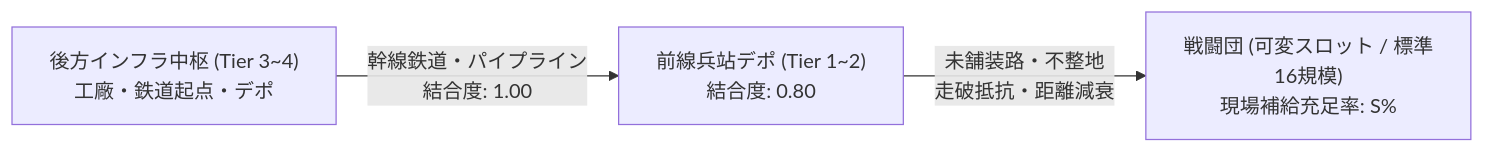
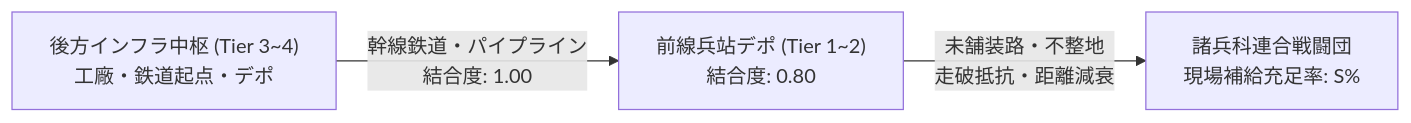
Before and after one commit to nanaisisi/nanai-alien-com-game: the first of 3 diagrams in docs/specs/COMBAT_GROUP_LOGISTICS_INTEGRATION.md, drawn with Mermaid. The commit also changed other lines of this file and 9 other files, not shown here.

````diff
--- a/docs/specs/COMBAT_GROUP_LOGISTICS_INTEGRATION.md
+++ b/docs/specs/COMBAT_GROUP_LOGISTICS_INTEGRATION.md
@@ -92,5 +98,5 @@
 ```mermaid
 flowchart LR
     Hub["後方インフラ中枢 (Tier 3~4)<br/>工廠・鉄道起点・デポ"] -->|"幹線鉄道・パイプライン<br/>結合度: 1.00"| FrontBase["前線兵站デポ (Tier 1~2)<br/>結合度: 0.80"]
-    FrontBase -->|"未舗装路・不整地<br/>走破抵抗・距離減衰"| CG["戦闘団 (可変スロット / 標準16規模)<br/>現場補給充足率: S%"]
+    FrontBase -->|"未舗装路・不整地<br/>走破抵抗・距離減衰"| CG["諸兵科連合戦闘団<br/>現場補給充足率: S%"]
 ```
````
